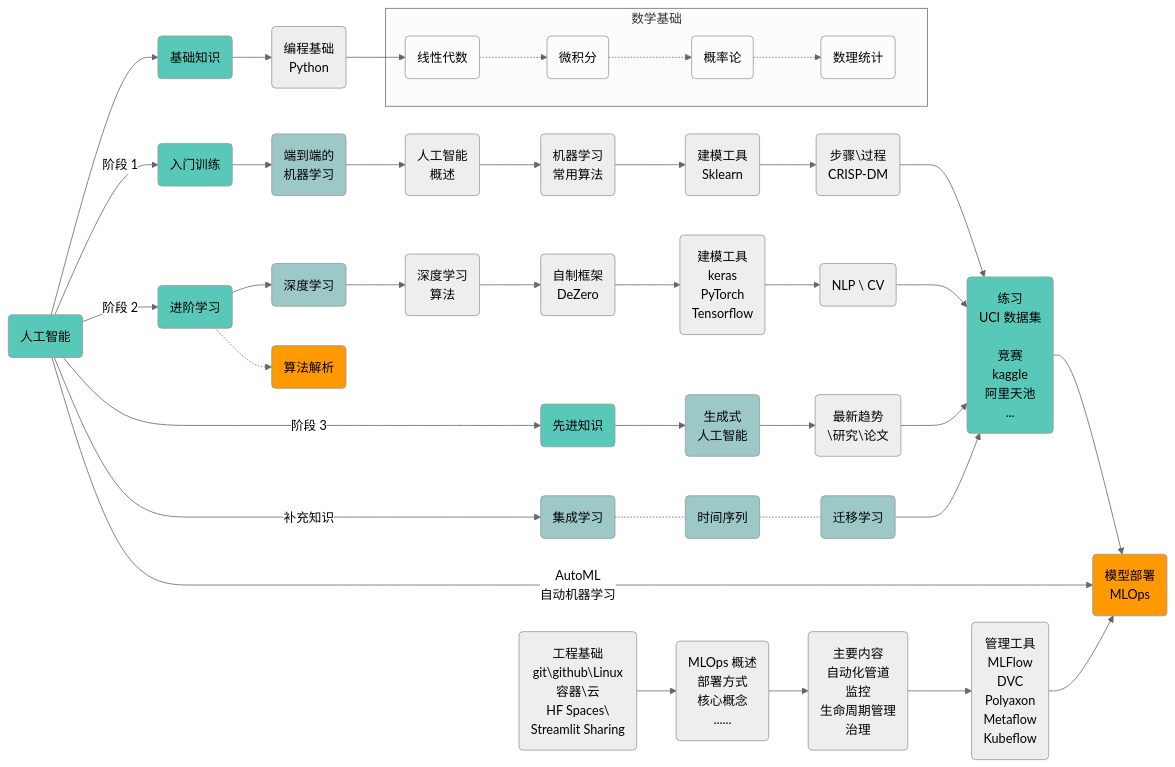
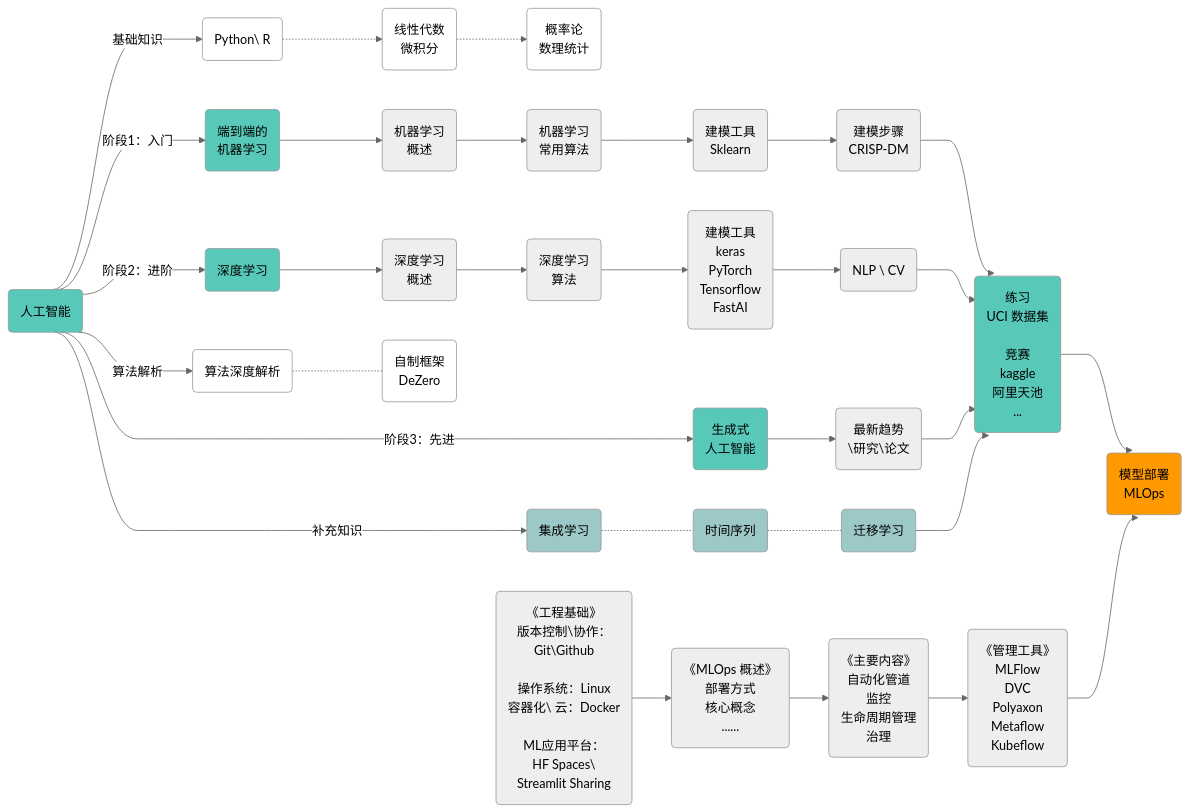
Before and after one commit to wenwangjain/wenwangjain.github.io: the second of 2 diagrams in content/docs/ai/_index.zh-cn.md, drawn with Mermaid (neutral theme). The commit also changed other lines of this file, not shown here.

````diff
--- a/content/docs/ai/_index.zh-cn.md
+++ b/content/docs/ai/_index.zh-cn.md
@@ -72,64 +72,38 @@
 ```mermaid
 
+%%{ init: { 'flowchart': { 'curve': 'bumpX', 'styles': {
+   'stroke-width': '1px'
+} } } }%%
+
 flowchart LR
-    A(人工智能):::someclassA --> B(基础知识):::someclassA 
-        classDef someclassA fill:#58C9B9
-        classDef someclassB fill:#9DC8C8
-        classDef someclassC fill:#f100,stroke-width:1px
-        classDef someclassD fill:#a3c9c7
-        classDef someclassE fill:#fff,stroke:#fff,color:#fff
-        classDef someclassF fill:#ff9900
 
-    A -- 阶段 1 --> C(入门训练):::someclassA
-    A -- 阶段 2 --> D(进阶学习):::someclassA
-    A -- 阶段 3 --> E(先进知识):::someclassA
+    classDef someclassA fill:#58C9B9
+    classDef someclassB fill:#9DC8C8
+    classDef someclassC fill:#f100,stroke-width:1px
+    classDef someclassD fill:#a3c9c7
+    classDef someclassE fill:#fff,stroke:#fff,color:#fff
+    classDef someclassF fill:#ff9900
 
+    A(人工智能):::someclassA 
+    
+    A -- 基础知识 --> B1(Python\ R):::someclassC -.-> B2(线性代数<br>微积分):::someclassC -.-> B3(概率论<br>数理统计):::someclassC
 
+    A -- 阶段1：入门 --> C(端到端的<br>机器学习):::someclassA --> C12(机器学习<br>概述) --> C13(机器学习<br>常用算法) --> C14(建模工具<br>Sklearn) --> C15(建模步骤<br>CRISP-DM) --> Y
 
+    A -- 阶段2：进阶 --> D(深度学习):::someclassA --> D11(深度学习<br>概述) --> D12(深度学习<br>算法) --> D13(建模工具<br>keras<br>PyTorch<br>Tensorflow<br>FastAI) --> D14(NLP \ CV) --> Y
 
-    B --> B1(编程基础<br>Python) --> B2(线性代数):::someclassC
-    subgraph 数学基础
-    B2 -.-> B3(微积分):::someclassC -.-> B4(概率论):::someclassC -.-> B5(数理统计):::someclassC  
-    end
-    
+    A -- 算法解析 --> E21(算法深度解析):::someclassC  -.- E22(自制框架<br>DeZero):::someclassC
 
-    
-    C --> C11(端到端的<br>机器学习):::someclassB --> C12(人工智能<br>概述) --> C13(机器学习<br>常用算法) --> C14(建模工具<br>Sklearn) --> C15(步骤\过程<br>CRISP-DM)
-    C15 --> Y
+    A -- 阶段3：先进 --> F(生成式<br>人工智能):::someclassA --> F11(最新趋势<br>\研究\论文) --> Y
 
+    A -- 补充知识 --> G1(集成学习):::someclassB -.- G2(时间序列):::someclassB -.- G3(迁移学习):::someclassB --> Y
 
-
-    D --> D21(深度学习):::someclassB --> D22(深度学习<br>算法) --> D23(自制框架<br>DeZero) --> D24(建模工具<br>keras<br>PyTorch<br>Tensorflow) --> D25(NLP \ CV)
-    D25 --> Y
-    D -.-> D31(算法解析):::someclassF
-
-
-
-    E --> E11(生成式<br>人工智能):::someclassB --> E16(最新趋势<br>\研究\论文)
-    E16 --> Y
-
-
-    
-    A -- 补充知识 --> F1(集成学习):::someclassB -.- F2(时间序列):::someclassB -.- F3(迁移学习):::someclassB
-    F3 --> Y
-
-
-
-    Y(练习<br>UCI 数据集<br><br>竞赛<br>kaggle<br>阿里天池<br>...):::someclassA
-    Y --> Z
+    Y(练习<br>UCI 数据集<br><br>竞赛<br>kaggle<br>阿里天池<br>...):::someclassA --> Z
 
     Z(模型部署<br>MLOps):::someclassF
-
-
-
-    A -- AutoML<br>自动机器学习 --> Z
-
-    Z11(工程基础<br>git\github\Linux<br>容器\云<br>HF Spaces\<br>Streamlit Sharing) --> Z12(MLOps 概述<br>部署方式<br>核心概念<br>......) --> Z13(主要内容<br>自动化管道<br>监控<br>生命周期管理<br>治理) --> Z14(管理工具<br>MLFlow<br>DVC<br>Polyaxon<br>Metaflow<br>Kubeflow) 
-    Z14 --> Z
-
-
+    Z1(《工程基础》<br>版本控制\协作：<br>Git\Github<br><br>操作系统：Linux<br>容器化\ 云：Docker<br><br>ML应用平台：<br>HF Spaces\<br>Streamlit Sharing) --> Z2(《MLOps 概述》<br>部署方式<br>核心概念<br>......) --> Z3(《主要内容》<br>自动化管道<br>监控<br>生命周期管理<br>治理) --> Z4(《管理工具》<br>MLFlow<br>DVC<br>Polyaxon<br>Metaflow<br>Kubeflow)
+    Z4 --> Z
 
     
 
-
 ```
````
